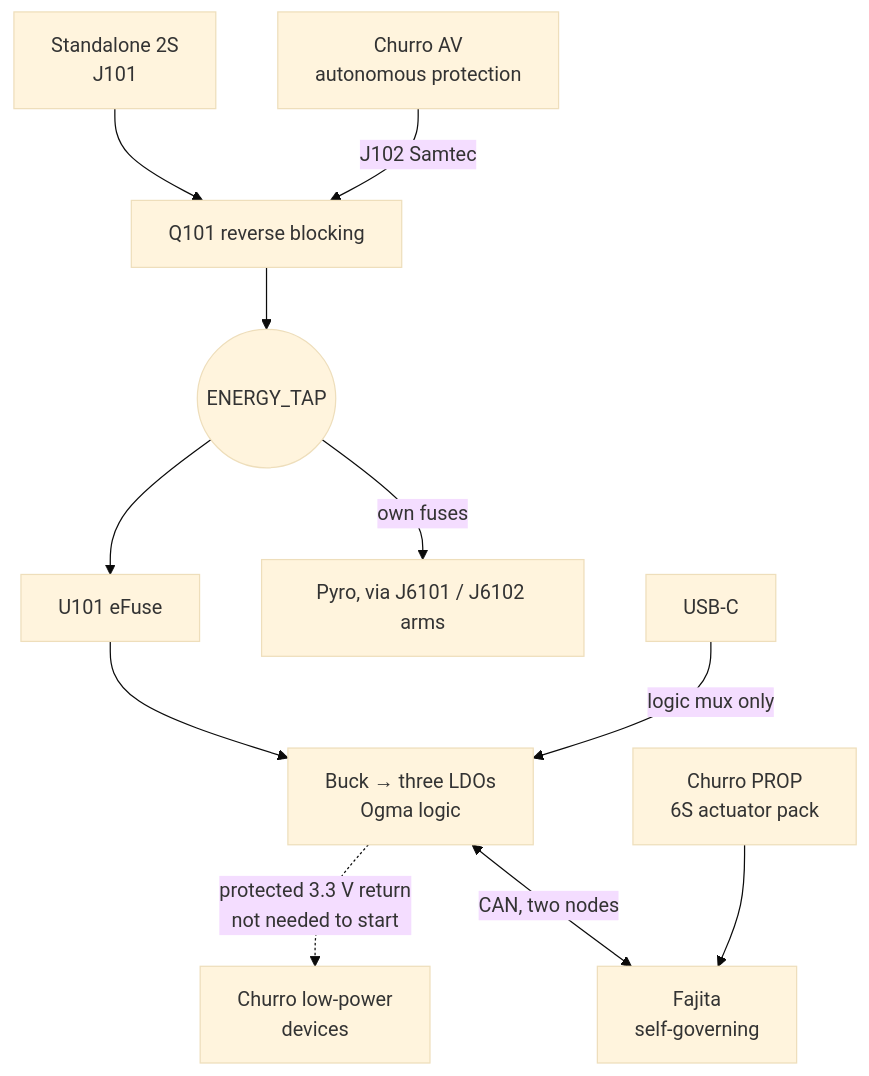
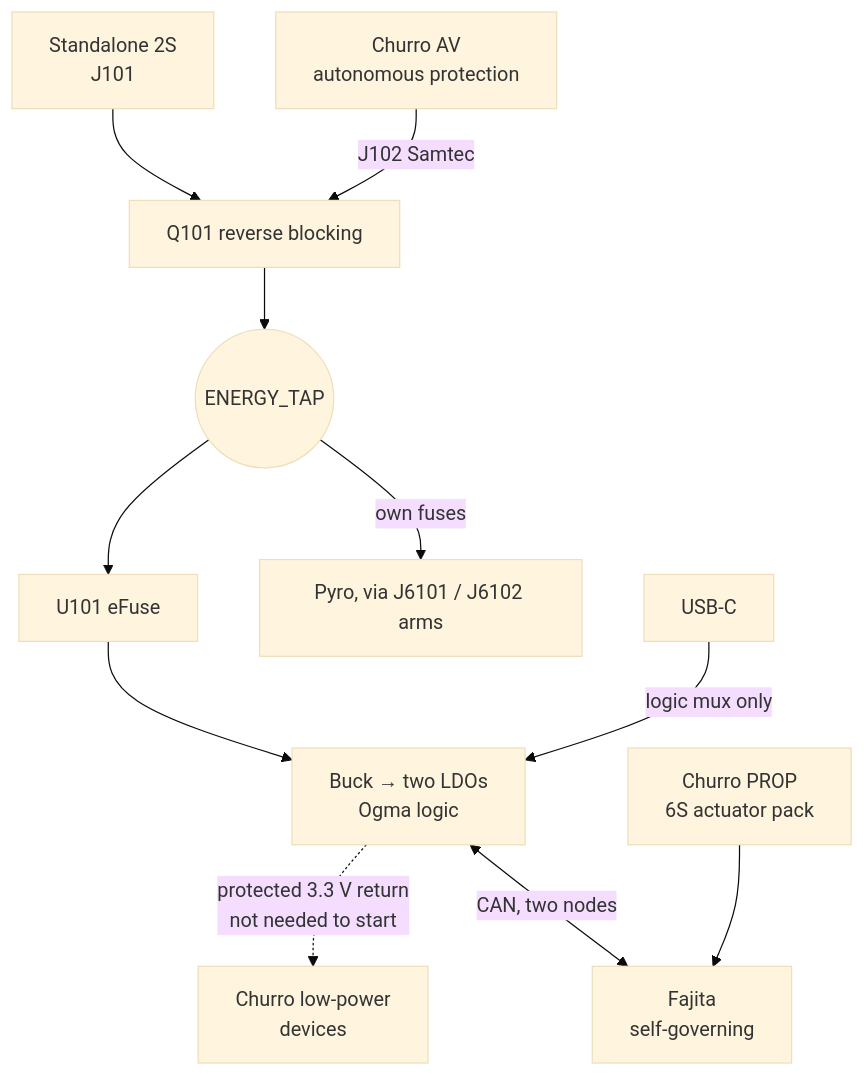
Before and after one commit to ULAS-HiPR/Ogma2: the diagram in interfaces/power-contract.md, drawn with Mermaid (base theme). The commit also changed other lines of this file and 11 other files, not shown here.

First line of the commit message:
Docs follow the power squash: test points, status, firmware pins, power architecture, contract, log

````diff
--- a/interfaces/power-contract.md
+++ b/interfaces/power-contract.md
@@ -180,19 +180,19 @@
 ```mermaid
 flowchart TB
   SA["Standalone 2S
 J101"] --> Q["Q101 reverse blocking"]
   CH["Churro AV
 autonomous protection"] -->|"J102 Samtec"| Q
   Q --> TAP(("ENERGY_TAP"))
-  TAP --> U101["U101 eFuse"] --> LOGIC["Buck → three LDOs
+  TAP --> U101["U101 eFuse"] --> LOGIC["Buck → two LDOs
 Ogma logic"]
   TAP -->|"own fuses"| OUT["Pyro, via J6101 / J6102 arms"]
   USB["USB-C"] -->|"logic mux only"| LOGIC
   LOGIC -.->|"protected 3.3 V return
 not needed to start"| CL["Churro low-power
 devices"]
   LOGIC <-->|"CAN, two nodes"| FJ["Fajita
 self-governing"]
   CP["Churro PROP
 6S actuator pack"] --> FJ
 ```
````
